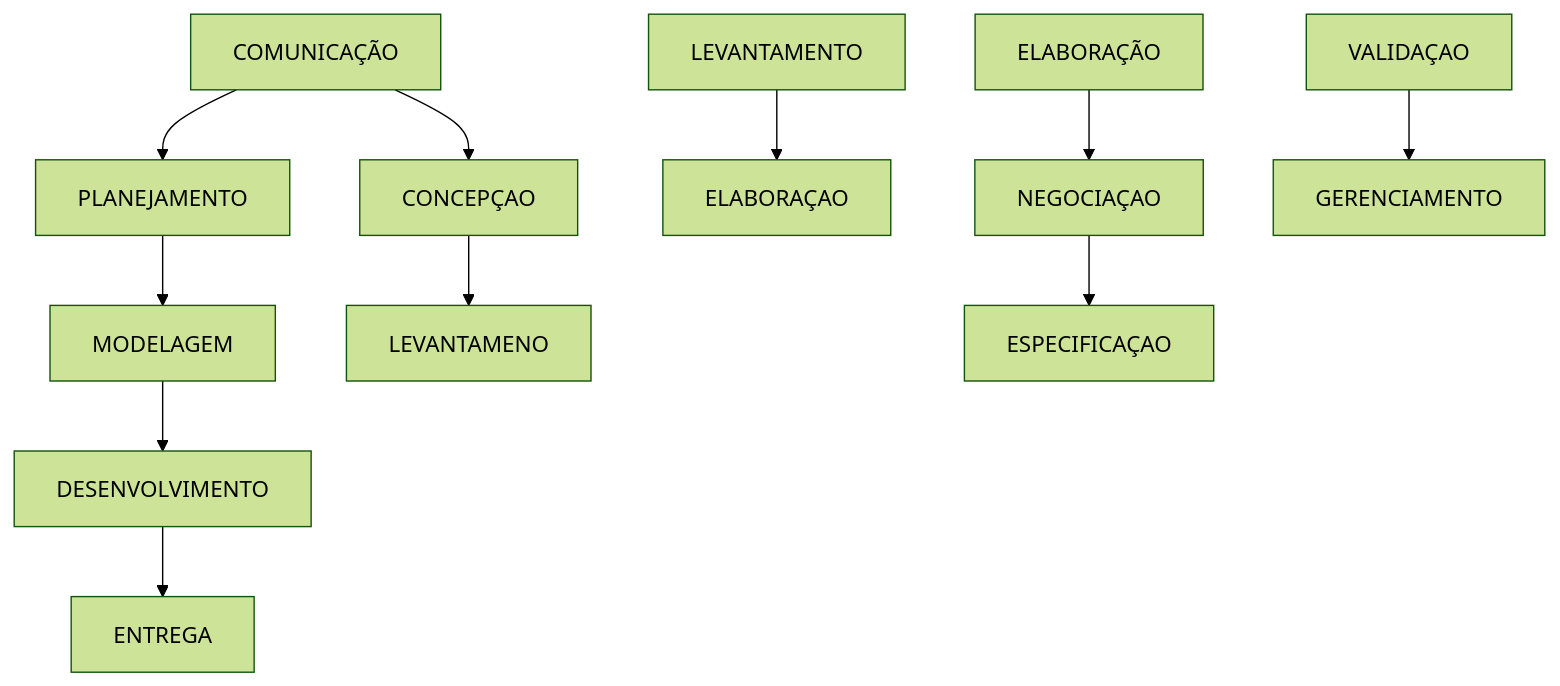
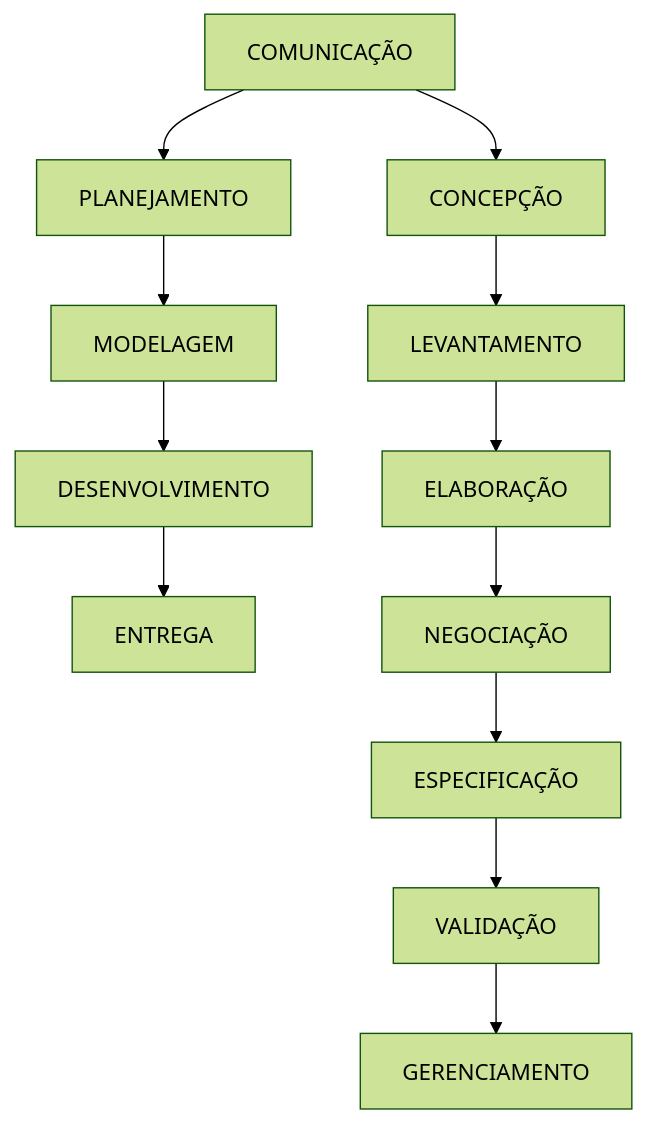
One commit to ericmds/3-Semestre changed the diagram in Engenharia e Requisitos de Software/Aula 06 - 26.03.25.md. Above: the diagram before and after it, drawn with Mermaid (forest theme).

Commit message:
Update Aula 06 - 26.03.25.md

````diff
--- a/Engenharia e Requisitos de Software/Aula 06 - 26.03.25.md
+++ b/Engenharia e Requisitos de Software/Aula 06 - 26.03.25.md
@@ -2,13 +2,14 @@
 ```mermaid
 graph TD;
   COMUNICAÇÃO-->PLANEJAMENTO
   PLANEJAMENTO-->MODELAGEM
   MODELAGEM-->DESENVOLVIMENTO
   DESENVOLVIMENTO-->ENTREGA
-  COMUNICAÇÃO-->CONCEPÇAO
-  CONCEPÇAO-->LEVANTAMENO
-  LEVANTAMENTO-->ELABORAÇAO
-  ELABORAÇÃO-->NEGOCIAÇAO
-  NEGOCIAÇAO-->ESPECIFICAÇAO
-  VALIDAÇAO-->GERENCIAMENTO
+  COMUNICAÇÃO-->CONCEPÇÃO
+  CONCEPÇÃO-->LEVANTAMENTO
+  LEVANTAMENTO-->ELABORAÇÃO
+  ELABORAÇÃO-->NEGOCIAÇÃO
+  NEGOCIAÇÃO-->ESPECIFICAÇÃO
+  ESPECIFICAÇÃO-->VALIDAÇÃO
+  VALIDAÇÃO-->GERENCIAMENTO
 ```
````
